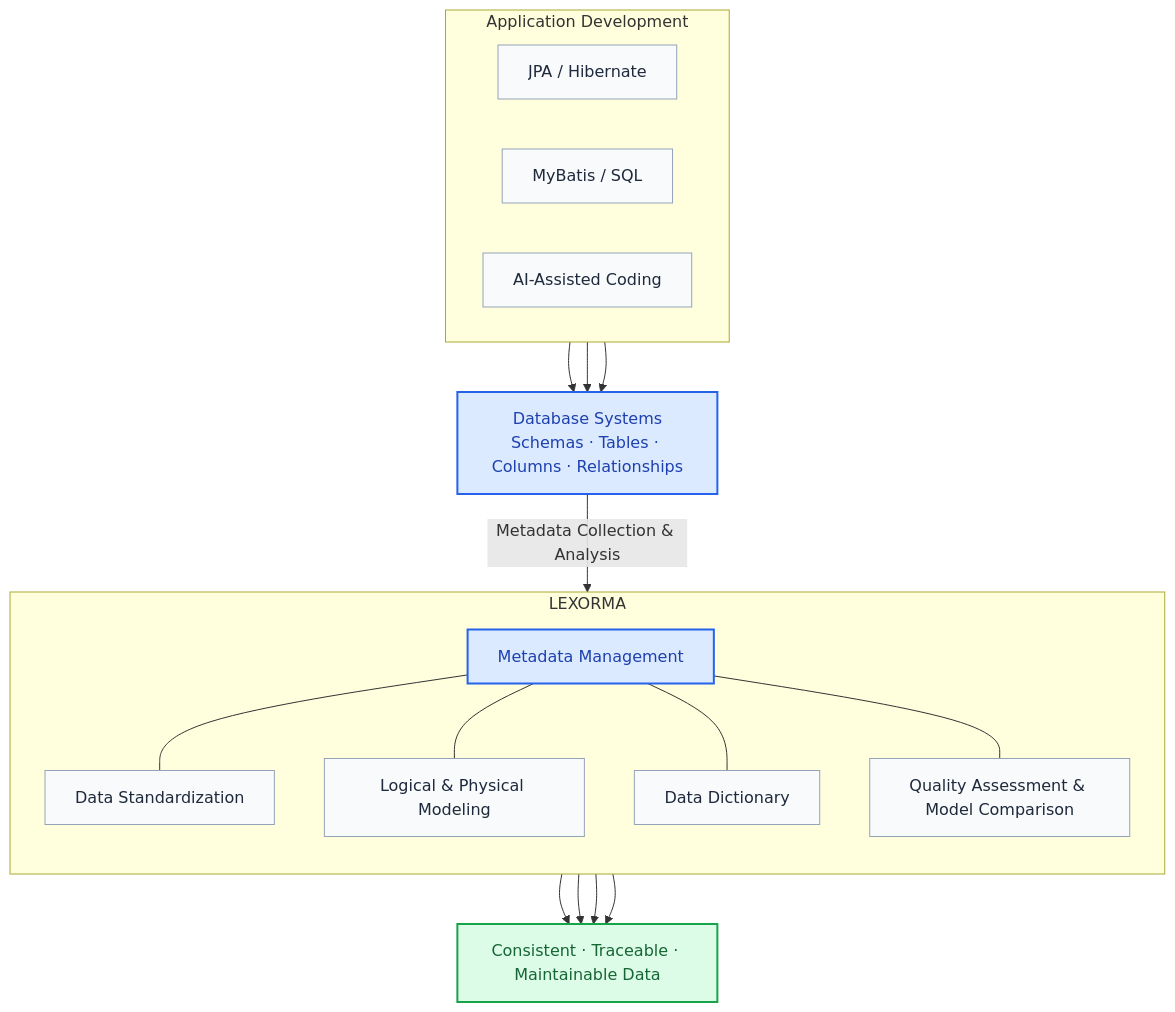
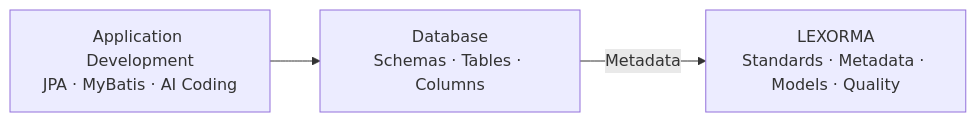
The diagram in profile/README.md (Lexorma/.github), drawn with Mermaid before and after one commit. The commit also changed other lines of this file, not shown here.

````diff
--- a/profile/README.md
+++ b/profile/README.md
@@ -178,45 +177,9 @@
 ```mermaid
-flowchart TB
-    subgraph APP["Application Development"]
-        direction LR
-        A["JPA / Hibernate"]
-        B["MyBatis / SQL"]
-        C["AI-Assisted Coding"]
-    end
+flowchart LR
+    A["Application Development<br/>JPA · MyBatis · AI Coding"]
+    B["Database<br/>Schemas · Tables · Columns"]
+    C["LEXORMA<br/>Standards · Metadata · Models · Quality"]
 
-    DB["Database Systems<br/>Schemas · Tables · Columns · Relationships"]
-
-    subgraph LX["LEXORMA"]
-        direction TB
-        STD["Data Standardization"]
-        META["Metadata Management"]
-        MODEL["Logical & Physical Modeling"]
-        DICT["Data Dictionary"]
-        QUALITY["Quality Assessment & Model Comparison"]
-    end
-
-    RESULT["Consistent · Traceable · Maintainable Data"]
-
-    A --> DB
-    B --> DB
-    C --> DB
-
-    DB -->|"Metadata Collection & Analysis"| META
-
-    META --- STD
-    META --- MODEL
-    META --- DICT
-    META --- QUALITY
-
-    STD --> RESULT
-    MODEL --> RESULT
-    DICT --> RESULT
-    QUALITY --> RESULT
-
-    classDef default fill:#f8fafc,stroke:#94a3b8,color:#1e293b
-    classDef primary fill:#dbeafe,stroke:#2563eb,color:#1e40af,stroke-width:2px
-    classDef outcome fill:#dcfce7,stroke:#16a34a,color:#166534,stroke-width:2px
-
-    class DB,META primary
-    class RESULT outcome
+    A --> B
+    B -->|"Metadata"| C
 ```
````
